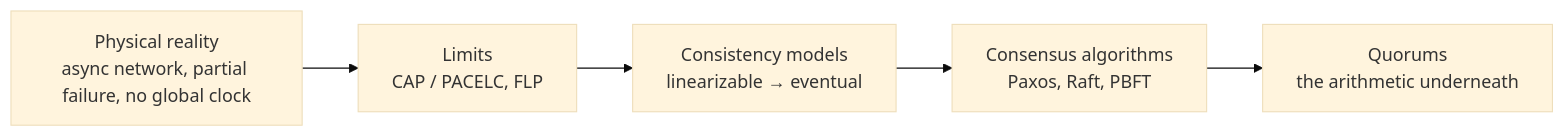
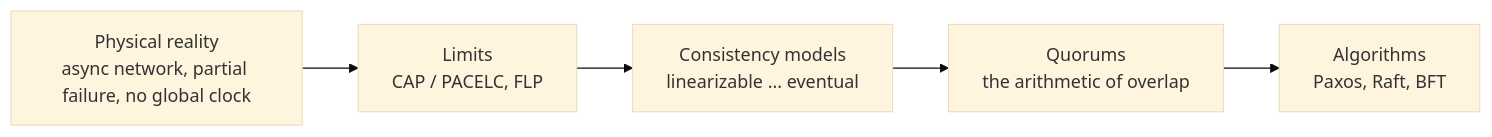
Before and after one commit to AndrewAltimit/Documentation: the first of 7 diagrams in github-pages/docs/distributed-systems/consensus-and-coordination.md, drawn with Mermaid (base theme). The commit also changed other lines of this file and 240 other files, not shown here.

````diff
--- a/github-pages/docs/distributed-systems/consensus-and-coordination.md
+++ b/github-pages/docs/distributed-systems/consensus-and-coordination.md
@@ -34,7 +33,7 @@
 ```mermaid
 flowchart LR
     Reality["Physical reality<br/>async network, partial failure, no global clock"] --> Limits["Limits<br/>CAP / PACELC, FLP"]
-    Limits --> Models["Consistency models<br/>linearizable → eventual"]
-    Models --> Algos["Consensus algorithms<br/>Paxos, Raft, PBFT"]
-    Algos --> Quorum["Quorums<br/>the arithmetic underneath"]
+    Limits --> Models["Consistency models<br/>linearizable ... eventual"]
+    Models --> Quorum["Quorums<br/>the arithmetic of overlap"]
+    Quorum --> Algos["Algorithms<br/>Paxos, Raft, BFT"]
 ```
````
